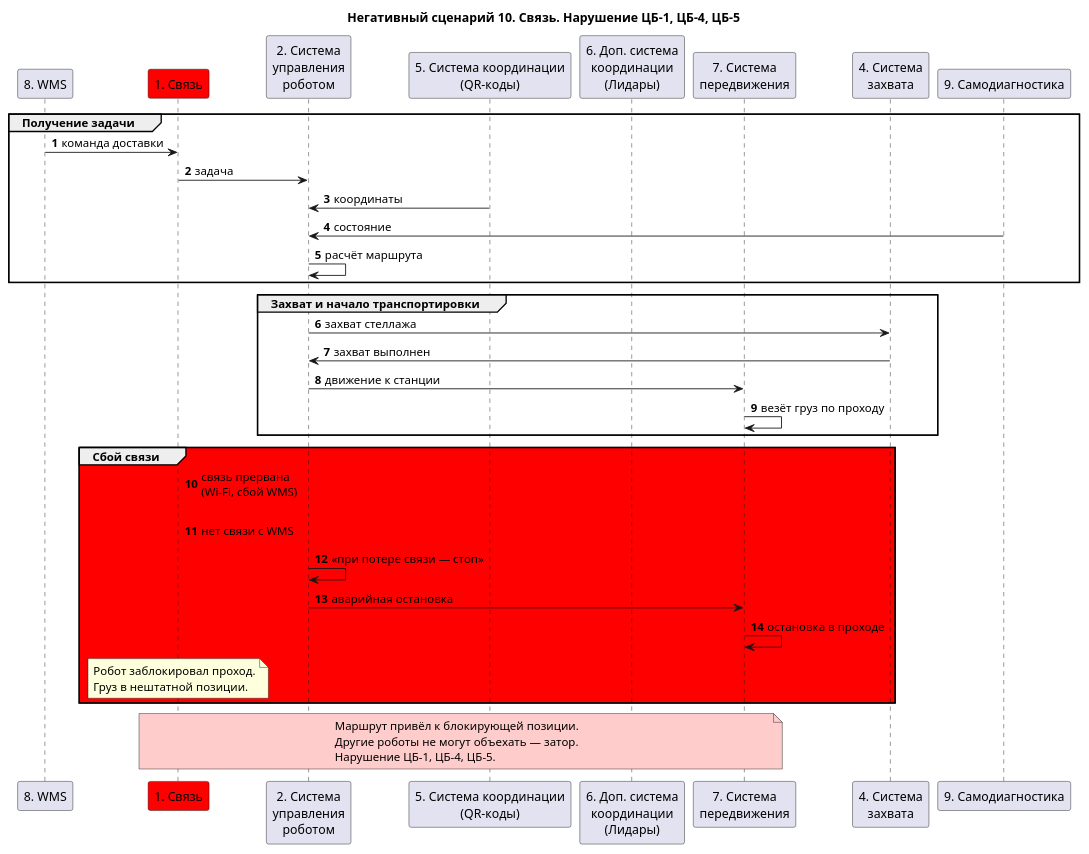
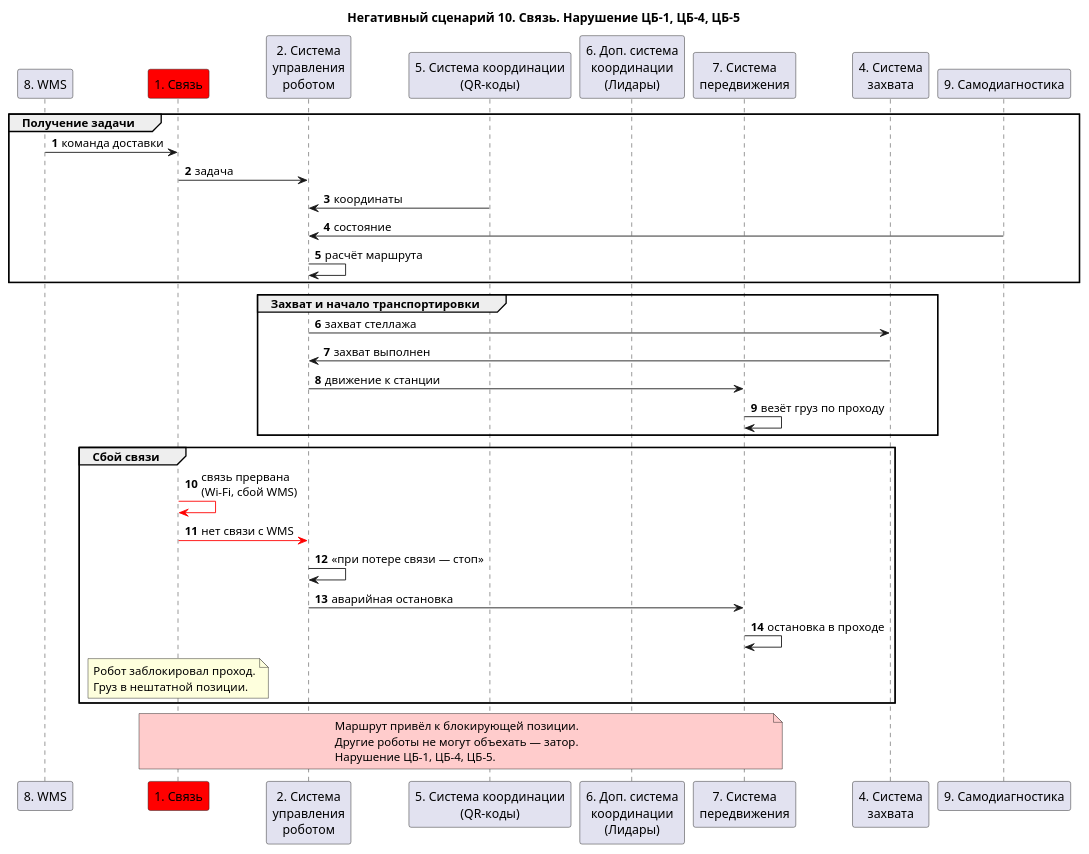
One commit to BoykovArtur/ProgrammingMethods changed the diagram in CourseWork/Description/ns/ns-10.puml. Above: the diagram before and after it, drawn with PlantUML.

```diff
--- a/CourseWork/Description/ns/ns-10.puml
+++ b/CourseWork/Description/ns/ns-10.puml
@@ -1,47 +1,46 @@
 @startuml
 title "Негативный сценарий 10. Связь. Нарушение ЦБ-1, ЦБ-4, ЦБ-5"
 
 autonumber
 participant "8. WMS" as wms
 participant "1. Связь" as conn #red
 participant "2. Система\nуправления\nроботом" as ctrl
 participant "5. Система координации\n(QR-коды)" as qr
 participant "6. Доп. система\nкоординации\n(Лидары)" as lidar
 participant "7. Система\nпередвижения" as move
 participant "4. Система\nзахвата" as grip
 participant "9. Самодиагностика" as diag
 
 group Получение задачи
 wms -> conn: команда доставки
 conn -> ctrl: задача
 ctrl <- qr: координаты
 ctrl <- diag: состояние
 ctrl -> ctrl: расчёт маршрута
 end
 
 group Захват и начало транспортировки
 ctrl -> grip: захват стеллажа
 grip -> ctrl: захват выполнен
 ctrl -> move: движение к станции
 move -> move: везёт груз по проходу
 end
 
-group #red Сбой связи
+group Сбой связи
 conn -[#red]> conn: связь прервана\n(Wi-Fi, сбой WMS)
 conn -[#red]> ctrl: нет связи с WMS
 ctrl -> ctrl: «при потере связи — стоп»
 ctrl -> move: аварийная остановка
 move -> move: остановка в проходе
 note over conn
   Робот заблокировал проход.
   Груз в нештатной позиции.
 end note
 end
 
 note over conn, move #FFCCCC
   Маршрут привёл к блокирующей позиции.
   Другие роботы не могут объехать — затор.
   Нарушение ЦБ-1, ЦБ-4, ЦБ-5.
 end note
-
 @enduml
```
